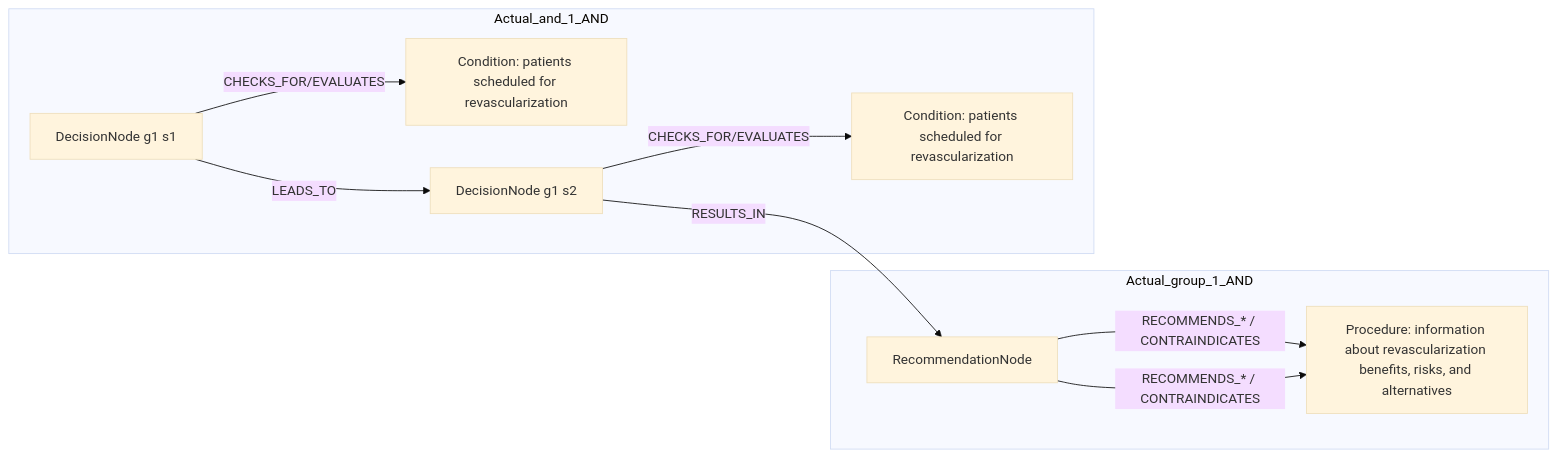
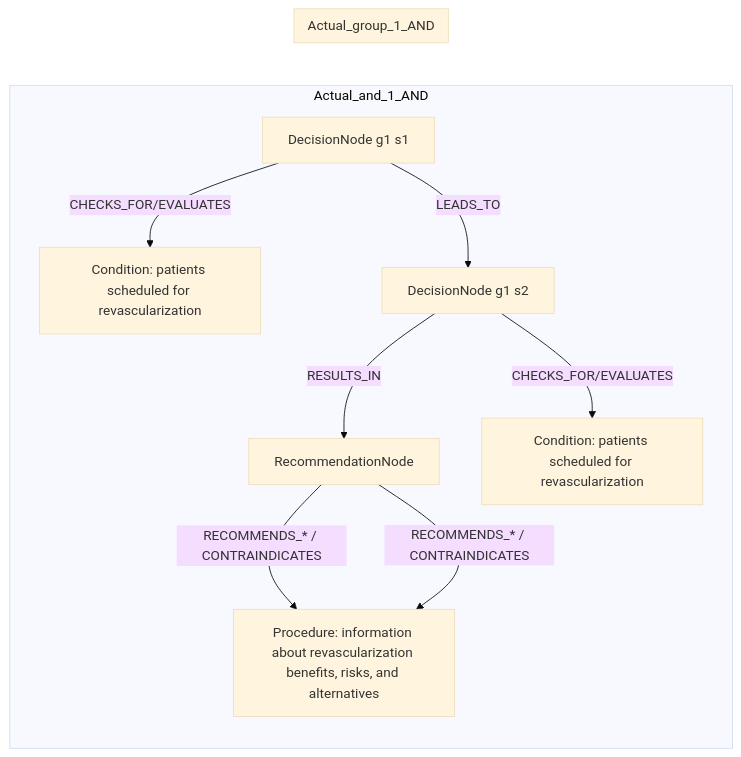
The second of 2 diagrams in docs/table22_rows/row_01.md (dieterich-lab/CardioGuidelinesGraph), drawn with Mermaid (base theme) before and after one commit. The commit also changed other lines of this file and 17 other files, not shown here.

````diff
--- a/docs/table22_rows/row_01.md
+++ b/docs/table22_rows/row_01.md
@@ -220,22 +220,22 @@
 ```mermaid
 graph LR
-  subgraph Actual_group_1_AND
-    REC[RecommendationNode]
-    REC
-    ACT1[Procedure: information about revascularization benefits, risks, and alternatives]
-    REC -->|RECOMMENDS_* / CONTRAINDICATES| ACT1
-  end
   subgraph Actual_and_1_AND
     REC[RecommendationNode]
     D1[DecisionNode g1 s1]
     C1[Condition: patients scheduled for revascularization]
     D1 -->|CHECKS_FOR/EVALUATES| C1
     D2[DecisionNode g1 s2]
     C2[Condition: patients scheduled for revascularization]
     D2 -->|CHECKS_FOR/EVALUATES| C2
     D1 -->|LEADS_TO| D2
     D2 -->|RESULTS_IN| REC
     ACT1[Procedure: information about revascularization benefits, risks, and alternatives]
     REC -->|RECOMMENDS_* / CONTRAINDICATES| ACT1
   end
+  subgraph Actual_group_1_AND
+    REC[RecommendationNode]
+    REC
+    ACT1[Procedure: information about revascularization benefits, risks, and alternatives]
+    REC -->|RECOMMENDS_* / CONTRAINDICATES| ACT1
+  end
 ```
````
